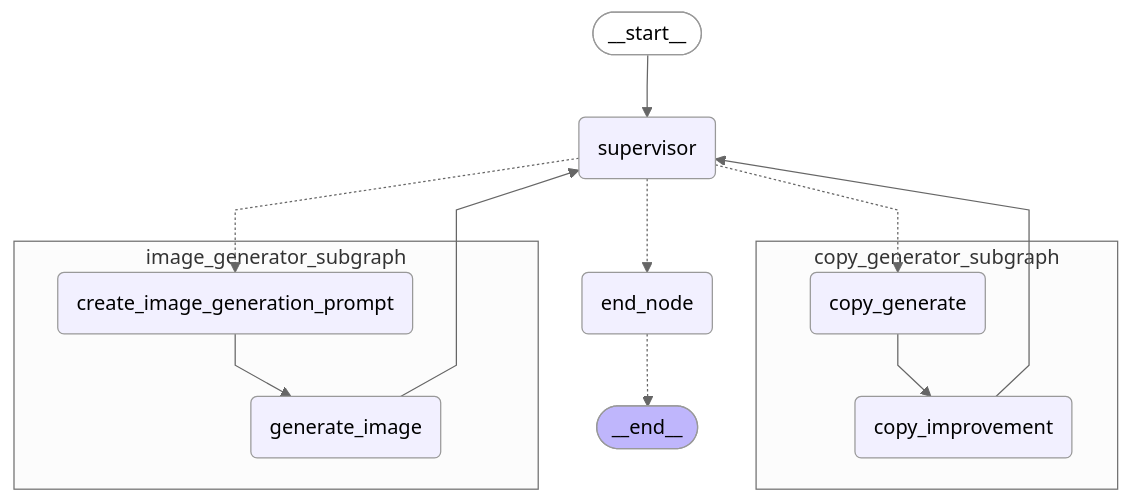
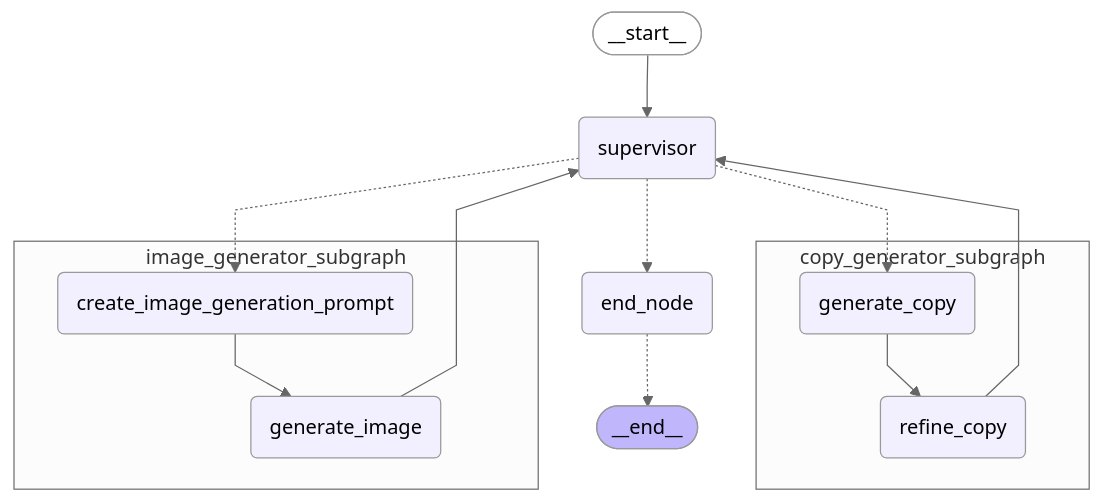
The diagram in graph.md (ren8k/streamlit-langgraph-multi-agent), drawn with Mermaid (neutral theme) before and after one commit. The commit also changed 1 other file, not shown here.

Commit message:
Refactor copy generation methods for clarity and consistency in naming

````diff
--- a/graph.md
+++ b/graph.md
@@ -1,28 +1,28 @@
 ```mermaid
 %%{init: {'flowchart': {'curve': 'linear'}}}%%
 graph TD;
 	__start__([<p>__start__</p>]):::first
 	supervisor(supervisor)
-	copy_generator_subgraph_copy_generate(copy_generate)
-	copy_generator_subgraph_copy_improvement(copy_improvement)
+	copy_generator_subgraph_generate_copy(generate_copy)
+	copy_generator_subgraph_refine_copy(refine_copy)
 	image_generator_subgraph_create_image_generation_prompt(create_image_generation_prompt)
 	image_generator_subgraph_generate_image(generate_image)
 	end_node(end_node)
 	__end__([<p>__end__</p>]):::last
 	__start__ --> supervisor;
-	copy_generator_subgraph_copy_improvement --> supervisor;
+	copy_generator_subgraph_refine_copy --> supervisor;
 	image_generator_subgraph_generate_image --> supervisor;
-	supervisor -.-> copy_generator_subgraph_copy_generate;
+	supervisor -.-> copy_generator_subgraph_generate_copy;
 	supervisor -.-> image_generator_subgraph_create_image_generation_prompt;
 	supervisor -.-> end_node;
 	end_node -.-> __end__;
 	subgraph copy_generator_subgraph
-	copy_generator_subgraph_copy_generate --> copy_generator_subgraph_copy_improvement;
+	copy_generator_subgraph_generate_copy --> copy_generator_subgraph_refine_copy;
 	end
 	subgraph image_generator_subgraph
 	image_generator_subgraph_create_image_generation_prompt --> image_generator_subgraph_generate_image;
 	end
 	classDef default fill:#f2f0ff,line-height:1.2
 	classDef first fill-opacity:0
 	classDef last fill:#bfb6fc
 ```
````
